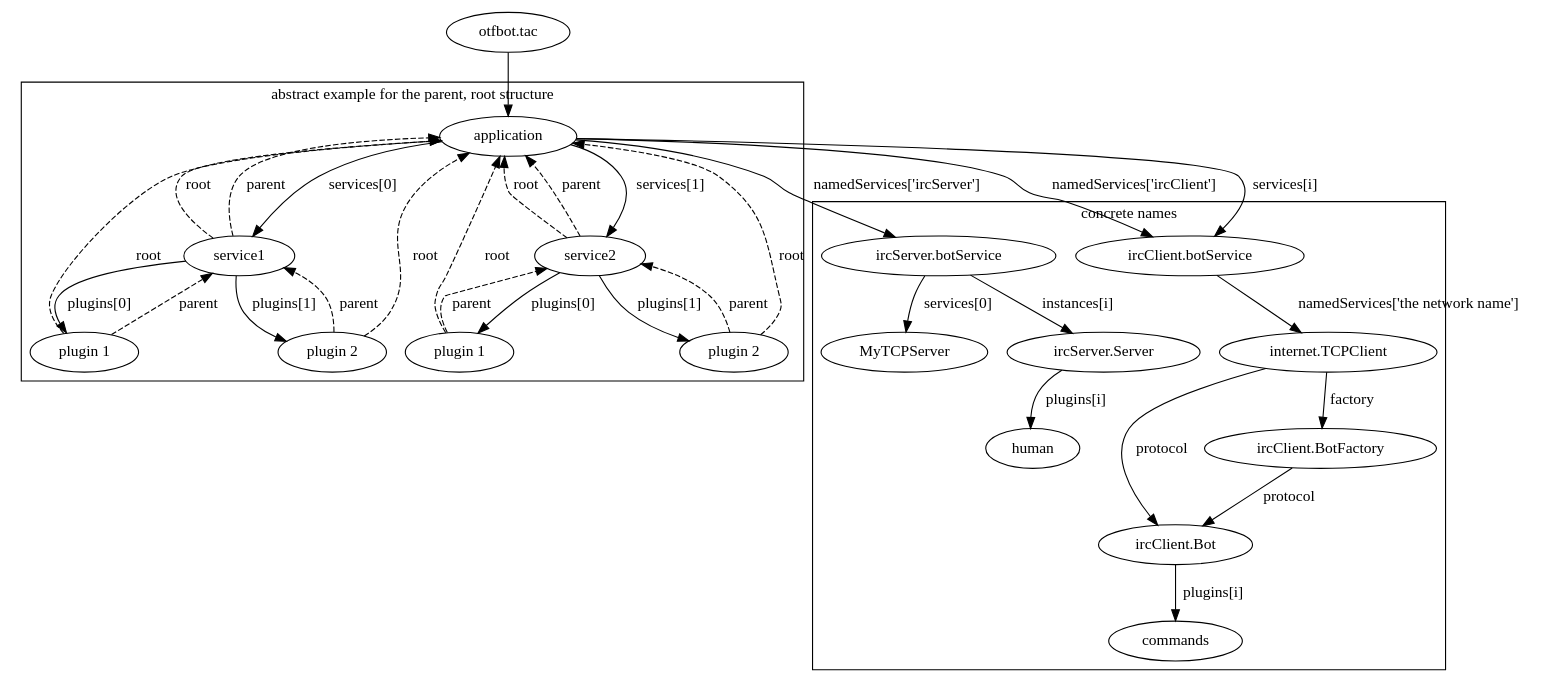
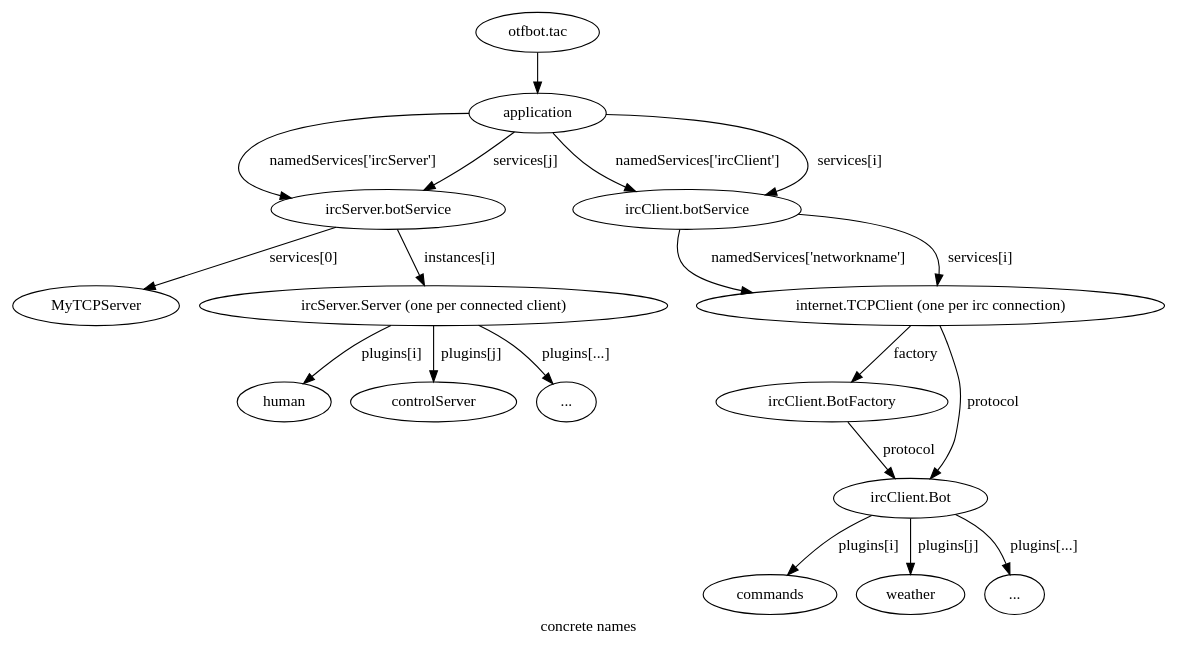
One commit to otfbot/otfbot changed the diagram in doc/references.dot. Above: the diagram before and after it, drawn with Graphviz.

```diff
--- a/doc/references.dot
+++ b/doc/references.dot
@@ -1,53 +1,32 @@
 digraph references {
     "otfbot.tac" -> application
     application
-    //abstract
-    subgraph cluster_abstract_example{
-        label="abstract example for the parent, root structure"
-        application -> service1 [label="services[0]"]
-        application -> service2 [label="services[1]"]
-        service1 -> application [label="root",style="dashed"]
-        service1 -> application [label="parent",style="dashed"]
-        service2 -> application [label="root",style="dashed"]
-        service2 -> application [label="parent",style="dashed"]
-        plugins1_1[label="plugin 1"]
-        plugins1_2[label="plugin 2"]
-        plugins2_1[label="plugin 1"]
-        plugins2_2[label="plugin 2"]
-        service1 -> plugins1_1 [label="plugins[0]"]
-        service1 -> plugins1_2 [label="plugins[1]"]
-        service2 -> plugins2_1 [label="plugins[0]"]
-        service2 -> plugins2_2 [label="plugins[1]"]
-        plugins1_1 -> service1 [label="parent",style="dashed"]
-        plugins1_1 -> application [label="root",style="dashed"]
-        plugins1_2 -> service1 [label="parent",style="dashed"]
-        plugins1_2 -> application [label="root",style="dashed"]
-        plugins2_1 -> service2 [label="parent",style="dashed"]
-        plugins2_1 -> application [label="root",style="dashed"]
-        plugins2_2 -> service2 [label="parent",style="dashed"]
-        plugins2_2 -> application [label="root",style="dashed"]
-    }
-    //concrete
-    subgraph cluster_concrete {
-        label="concrete names"
-        ircServerService [label="ircServer.botService"]
-        ircClientService [label="ircClient.botService"]
-        application -> ircServerService [label="namedServices['ircServer']"]
-        ircServerService -> MyTCPServer [label="services[0]"]
-        Server [label="ircServer.Server"]
-        ircServerService -> Server[label="instances[i]"]
-        Server -> human[label="plugins[i]"]
-        application -> ircClientService[label="namedServices['ircClient']"]
-        application -> ircClientService[label="services[i]"]
-        ircConnection[label="internet.TCPClient"]
-        ircClientService-> ircConnection[label="namedServices['the network name']"]
-        ircFactory [label="ircClient.BotFactory"]
-        ircConnection-> ircFactory [label="factory"]
-        ircBot[label="ircClient.Bot"]
-        ircConnection-> ircBot [label="protocol"]
-        ircFactory -> ircBot [label="protocol"]
-        ircPlugin [label="commands"]
-        ircBot -> ircPlugin [label="plugins[i]"]
-
-    }
+    label="concrete names"
+    ircServerService [label="ircServer.botService"]
+    ircClientService [label="ircClient.botService"]
+    application -> ircServerService [label="namedServices['ircServer']"]
+    ircServerService -> MyTCPServer [label="services[0]"]
+    Server [label="ircServer.Server (one per connected client)"]
+    ircServerService -> Server[label="instances[i]"]
+    Server -> human[label="plugins[i]"]
+    Server -> controlServer[label="plugins[j]"]
+    moreServerPlugins[label="..."]
+    Server -> moreServerPlugins[label="plugins[...]"]
+    application -> ircClientService[label="namedServices['ircClient']"]
+    application -> ircClientService[label="services[i]"]
+    application -> ircServerService[label="services[j]"]
+    ircConnection[label="internet.TCPClient (one per irc connection)"]
+    ircClientService-> ircConnection[label="namedServices['networkname']"]
+    ircClientService-> ircConnection[label="services[i]"]
+    ircFactory [label="ircClient.BotFactory"]
+    ircConnection-> ircFactory [label="factory"]
+    ircBot[label="ircClient.Bot"]
+    ircConnection-> ircBot [label="protocol"]
+    ircFactory -> ircBot [label="protocol"]
+    ircPlugin [label="commands"]
+    ircPlugin2 [label="weather"]
+    moreIrcPlugins [label="..."]
+    ircBot -> ircPlugin [label="plugins[i]"]
+    ircBot -> ircPlugin2 [label="plugins[j]"]
+    ircBot -> moreIrcPlugins [label="plugins[...]"]
 }
```
